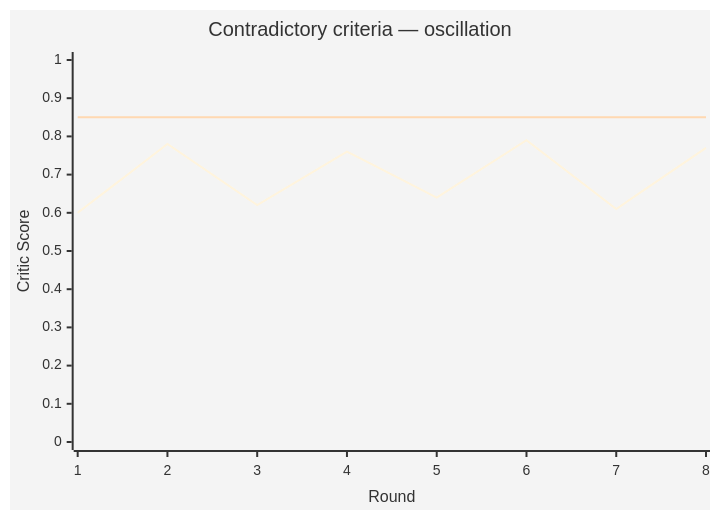
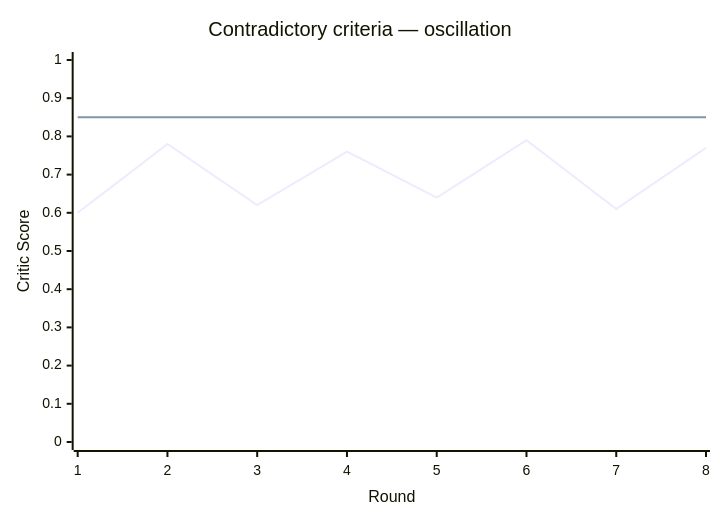
The sixth of 12 diagrams in assets/diagrams/all_diagrams.md (raghuneu/Five-Patterns), drawn with Mermaid before and after one commit. The commit also changed other lines of this file and 6 other files, not shown here.

````diff
--- a/assets/diagrams/all_diagrams.md
+++ b/assets/diagrams/all_diagrams.md
@@ -199,15 +199,15 @@
 ```mermaid
 ---
 config:
-  theme: base
-  themeVariables:
-    primaryColor: "#DC2626"
-    lineColor: "#DC2626"
+theme: base
+themeVariables:
+    xyChart:
+    plotColorPalette: "#DC2626, #9CA3AF"
 ---
 xychart-beta
     title "Contradictory criteria — oscillation"
     x-axis "Round" [1, 2, 3, 4, 5, 6, 7, 8]
     y-axis "Critic Score" 0.0 --> 1.0
     line "Score" [0.60, 0.78, 0.62, 0.76, 0.64, 0.79, 0.61, 0.77]
     line "Threshold (0.85)" [0.85, 0.85, 0.85, 0.85, 0.85, 0.85, 0.85, 0.85]
 ```
````
